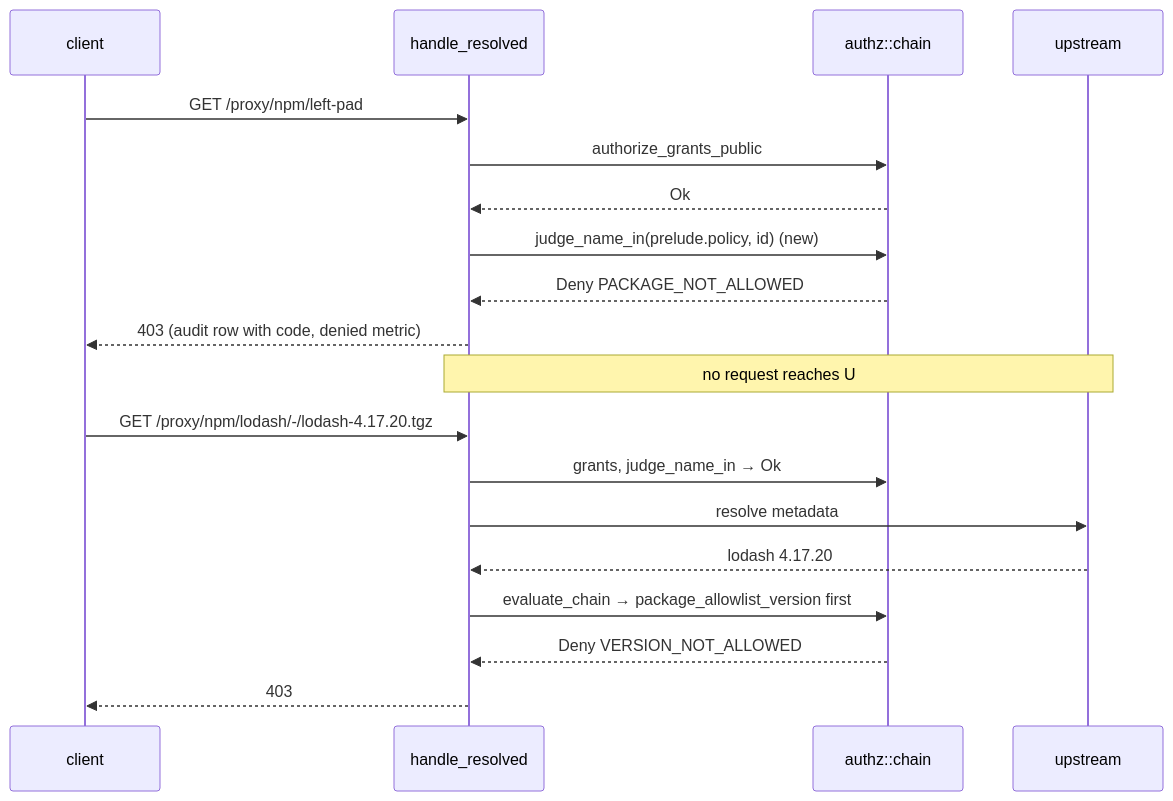
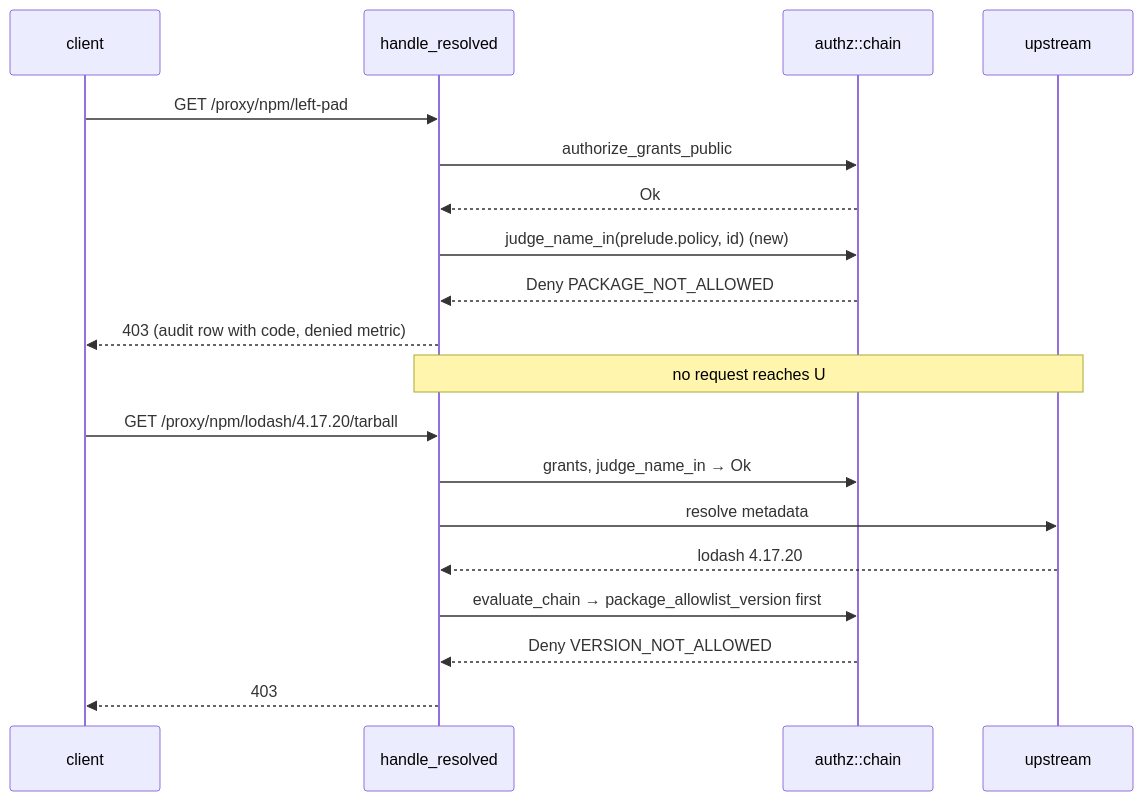
One commit to batlehub/batlehub changed the second of 3 diagrams in docs/rfc/0051-package-allowlist.md. Above: the diagram before and after it, drawn with Mermaid. The commit also changed other lines of this file and 22 other files, not shown here.

````diff
--- a/docs/rfc/0051-package-allowlist.md
+++ b/docs/rfc/0051-package-allowlist.md
@@ -599,21 +614,21 @@
 ```mermaid
 sequenceDiagram
   participant C as client
   participant H as handle_resolved
   participant Z as authz::chain
   participant U as upstream
   C->>H: GET /proxy/npm/left-pad
   H->>Z: authorize_grants_public
   Z-->>H: Ok
   H->>Z: judge_name_in(prelude.policy, id) (new)
   Z-->>H: Deny PACKAGE_NOT_ALLOWED
   H-->>C: 403 (audit row with code, denied metric)
   Note over H,U: no request reaches U
-  C->>H: GET /proxy/npm/lodash/-/lodash-4.17.20.tgz
+  C->>H: GET /proxy/npm/lodash/4.17.20/tarball
   H->>Z: grants, judge_name_in → Ok
   H->>U: resolve metadata
   U-->>H: lodash 4.17.20
   H->>Z: evaluate_chain → package_allowlist_version first
   Z-->>H: Deny VERSION_NOT_ALLOWED
   H-->>C: 403
 ```
````
